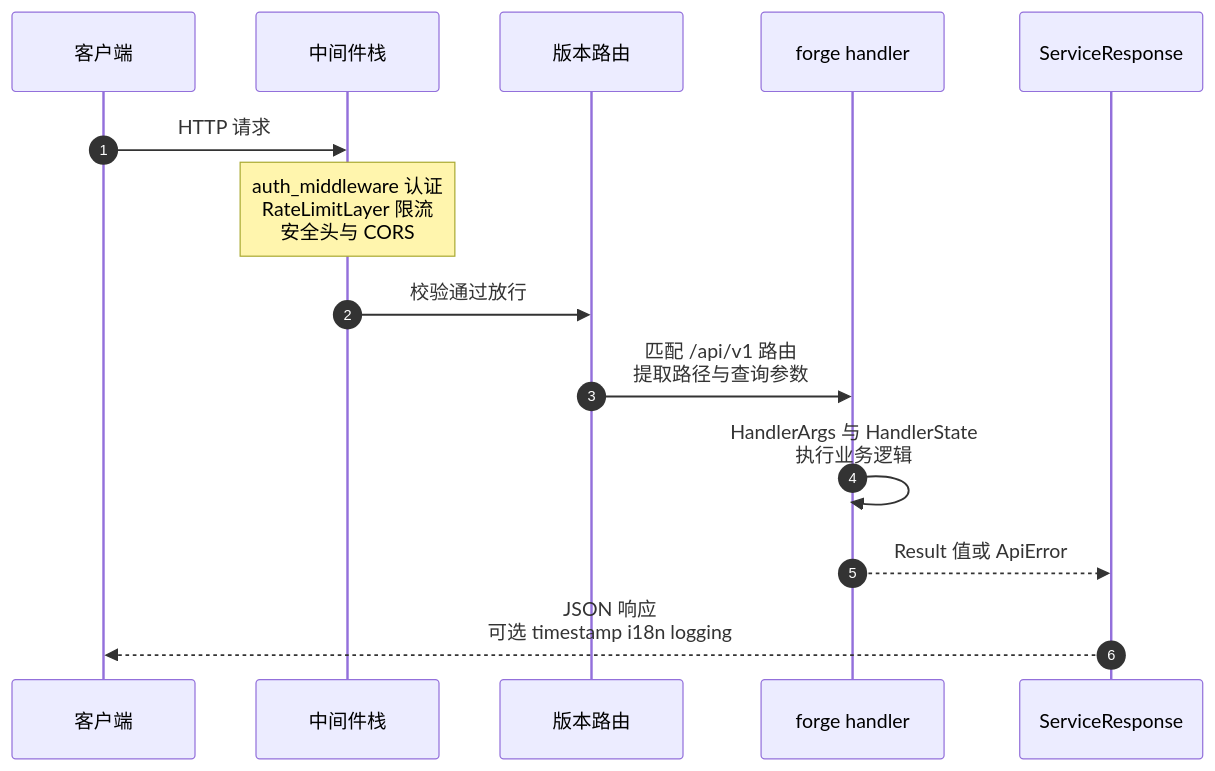
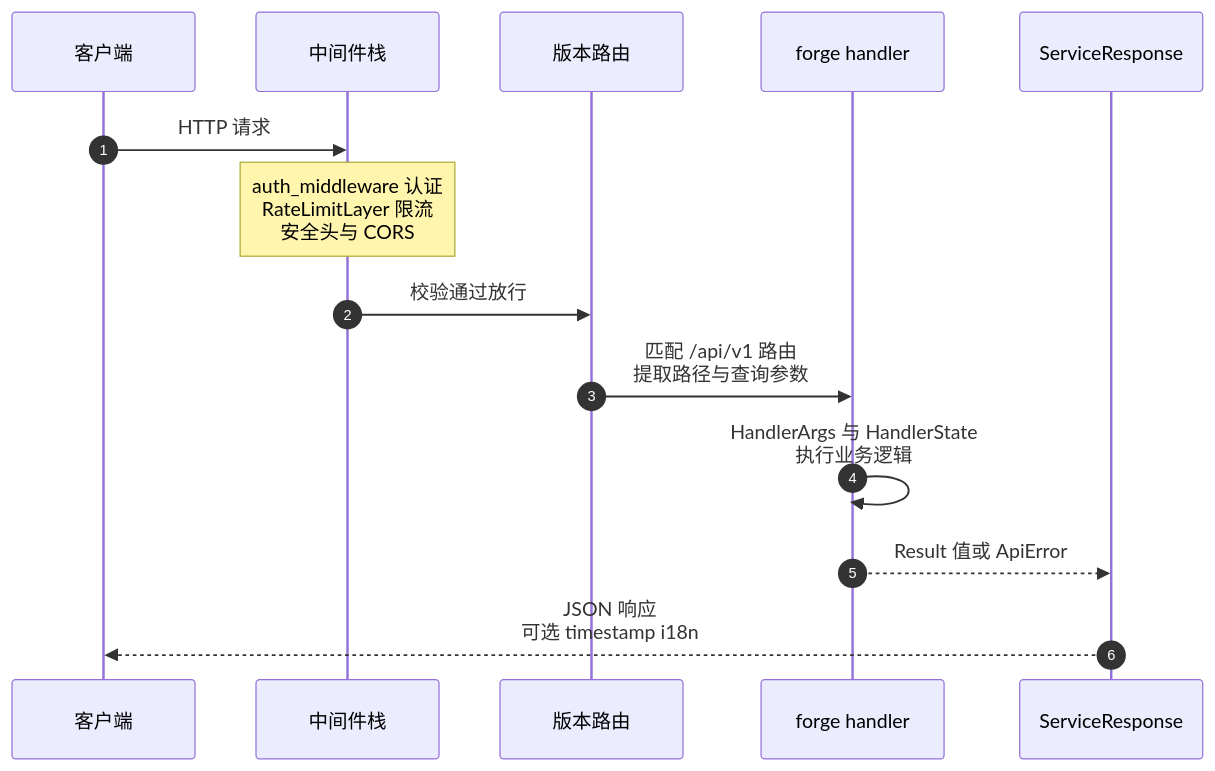
Before and after one commit to Kirky-X/sdforge: the third of 3 diagrams in docs/ARCHITECTURE.md, drawn with Mermaid. The commit also changed other lines of this file and 18 other files, not shown here.

````diff
--- a/docs/ARCHITECTURE.md
+++ b/docs/ARCHITECTURE.md
@@ -140,16 +139,16 @@
 ```mermaid
 sequenceDiagram
     autonumber
     participant C as 客户端
     participant MW as 中间件栈
     participant RT as 版本路由
     participant FN as forge handler
     participant RS as ServiceResponse
     C->>MW: HTTP 请求
     note over MW: auth_middleware 认证<br/>RateLimitLayer 限流<br/>安全头与 CORS
     MW->>RT: 校验通过放行
     RT->>FN: 匹配 /api/v1 路由<br/>提取路径与查询参数
     FN->>FN: HandlerArgs 与 HandlerState<br/>执行业务逻辑
     FN-->>RS: Result 值或 ApiError
-    RS-->>C: JSON 响应<br/>可选 timestamp i18n logging
+    RS-->>C: JSON 响应<br/>可选 timestamp i18n
 ```
````
